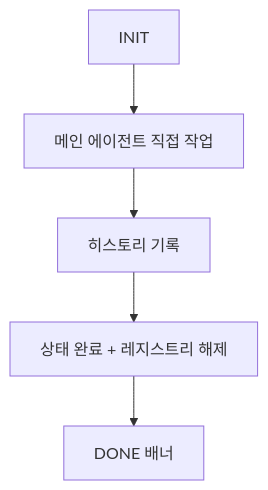
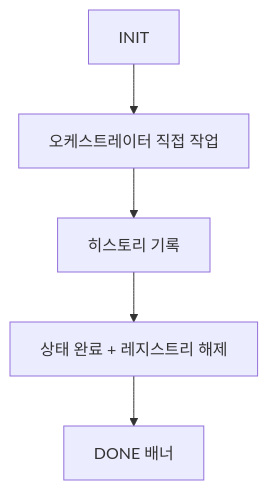
The diagram in .claude/commands/cc/prompt.md (KoreanLeeChangHyun/claude-workflow), drawn with Mermaid before and after one commit. The commit also changed other lines of this file and 8 other files, not shown here.

Commit message:
refactor: 용어 통일 잔여분 치환 (메인 에이전트/부모 에이전트 → 오케스트레이터)

````diff
--- a/.claude/commands/cc/prompt.md
+++ b/.claude/commands/cc/prompt.md
@@ -26,7 +26,7 @@
 ```mermaid
 flowchart TD
-    A[INIT] --> B[메인 에이전트 직접 작업]
+    A[INIT] --> B[오케스트레이터 직접 작업]
     B --> C[히스토리 기록]
     C --> D[상태 완료 + 레지스트리 해제]
     D --> E[DONE 배너]
 ```
````
